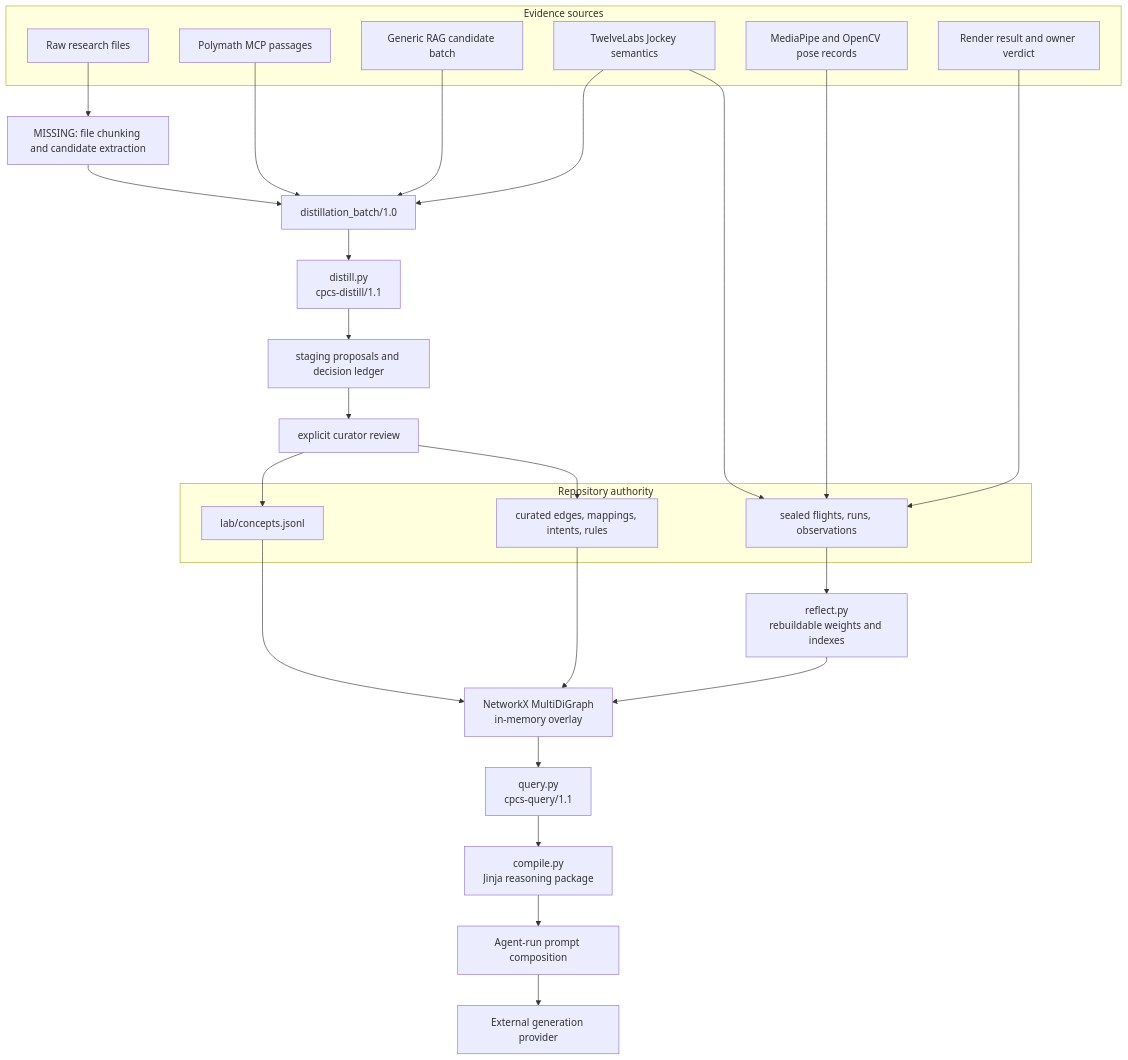
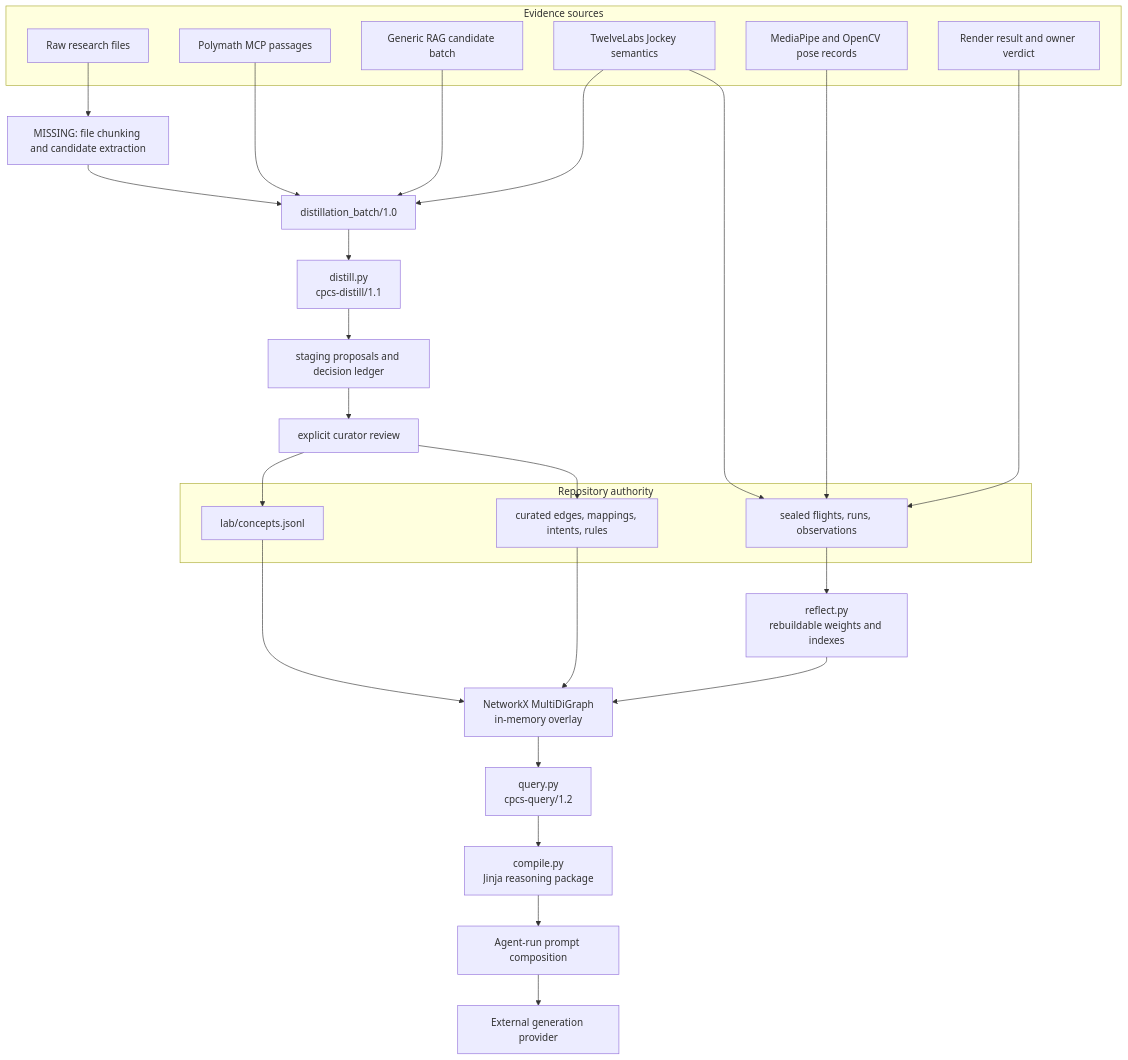
Before and after one commit to Kingsley-Cyber/ai-video-movement-prompt-system: the second of 3 diagrams in ARCHITECTURE.md, drawn with Mermaid. The commit also changed other lines of this file and 4 other files, not shown here.

````diff
--- a/ARCHITECTURE.md
+++ b/ARCHITECTURE.md
@@ -336,46 +337,46 @@
 ```mermaid
 flowchart TB
     subgraph Sources["Evidence sources"]
         Raw["Raw research files"]
         Poly["Polymath MCP passages"]
         Generic["Generic RAG candidate batch"]
         Jockey["TwelveLabs Jockey semantics"]
         Pose["MediaPipe and OpenCV pose records"]
         Verdict["Render result and owner verdict"]
     end
 
     Missing["MISSING: file chunking and candidate extraction"]
     Batch["distillation_batch/1.0"]
     Distill["distill.py\ncpcs-distill/1.1"]
     Staging["staging proposals and decision ledger"]
     Review["explicit curator review"]
 
     subgraph Authority["Repository authority"]
         Concepts["lab/concepts.jsonl"]
         Curated["curated edges, mappings, intents, rules"]
         Immutable["sealed flights, runs, observations"]
     end
 
     Reflect["reflect.py\nrebuildable weights and indexes"]
     Graph["NetworkX MultiDiGraph\nin-memory overlay"]
-    Query["query.py\ncpcs-query/1.1"]
+    Query["query.py\ncpcs-query/1.2"]
     Compile["compile.py\nJinja reasoning package"]
     ManualPrompt["Agent-run prompt composition"]
     Provider["External generation provider"]
 
     Raw --> Missing --> Batch
     Poly --> Batch
     Generic --> Batch
     Jockey --> Batch
     Batch --> Distill --> Staging --> Review
     Review --> Concepts
     Review --> Curated
     Jockey --> Immutable
     Pose --> Immutable
     Verdict --> Immutable
     Immutable --> Reflect
     Reflect --> Graph
     Concepts --> Graph
     Curated --> Graph
     Graph --> Query --> Compile --> ManualPrompt --> Provider
 ```
````
